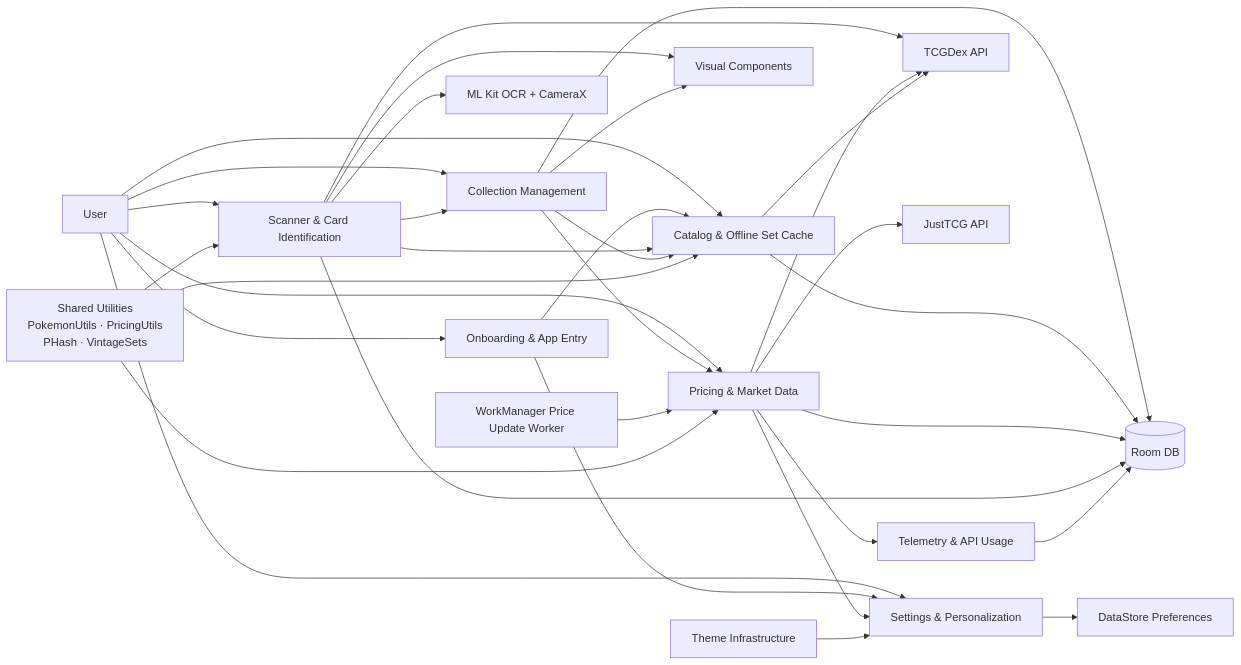
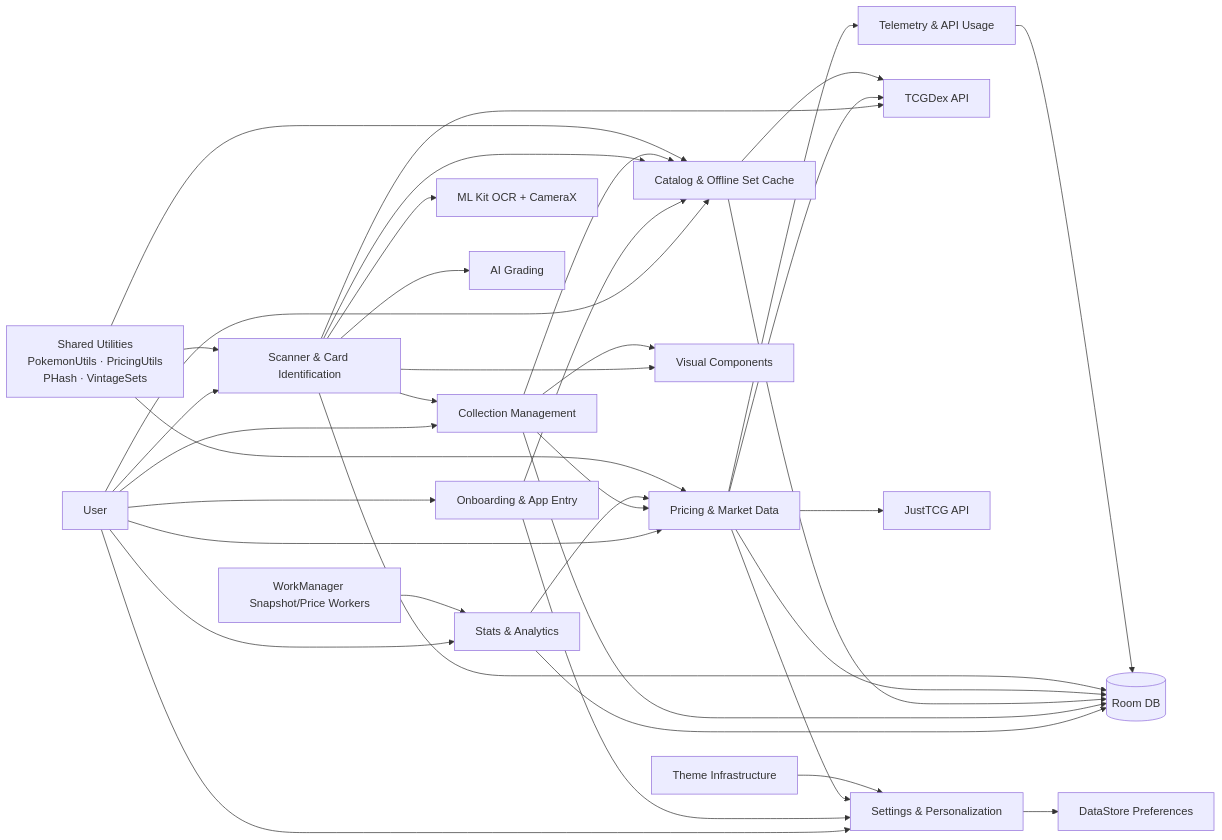
One commit to mFontecchio/vaultio changed the diagram in context-map.md. Above: the diagram before and after it, drawn with Mermaid. The commit also changed other lines of this file and 16 other files, not shown here.

````diff
--- a/context-map.md
+++ b/context-map.md
@@ -85,44 +104,49 @@
 ```mermaid
 flowchart LR
     U[User] --> ONB[Onboarding & App Entry]
     U --> COL[Collection Management]
     U --> SCN[Scanner & Card Identification]
     U --> CAT[Catalog & Offline Set Cache]
     U --> PRC[Pricing & Market Data]
     U --> SET[Settings & Personalization]
+    U --> STA[Stats & Analytics]
 
     ONB --> SET
     ONB --> CAT
 
     SCN --> CAT
     SCN --> COL
     SCN --> TCG[TCGDex API]
     SCN --> OCR[ML Kit OCR + CameraX]
     SCN --> VIS[Visual Components]
+    SCN --> GRD[AI Grading]
 
     COL --> CAT
     COL --> PRC
     COL --> VIS
 
     PRC --> TCG
     PRC --> JTCG[JustTCG API]
     PRC --> SET
 
     CAT --> TCG
 
+    STA --> DB[(Room DB)]
+    STA --> PRC
+
     SET --> DS[DataStore Preferences]
-    COL --> DB[(Room DB)]
+    COL --> DB
     CAT --> DB
     PRC --> DB
     SCN --> DB
 
-    WRK[WorkManager Price Update Worker] --> PRC
+    WRK[WorkManager Snapshot/Price Workers] --> STA
     PRC --> TEL[Telemetry & API Usage]
     TEL --> DB
 
     THM[Theme Infrastructure] --> SET
 
     UTILS[Shared Utilities<br/>PokemonUtils · PricingUtils<br/>PHash · VintageSets] --> CAT
     UTILS --> SCN
     UTILS --> PRC
 ```
````
